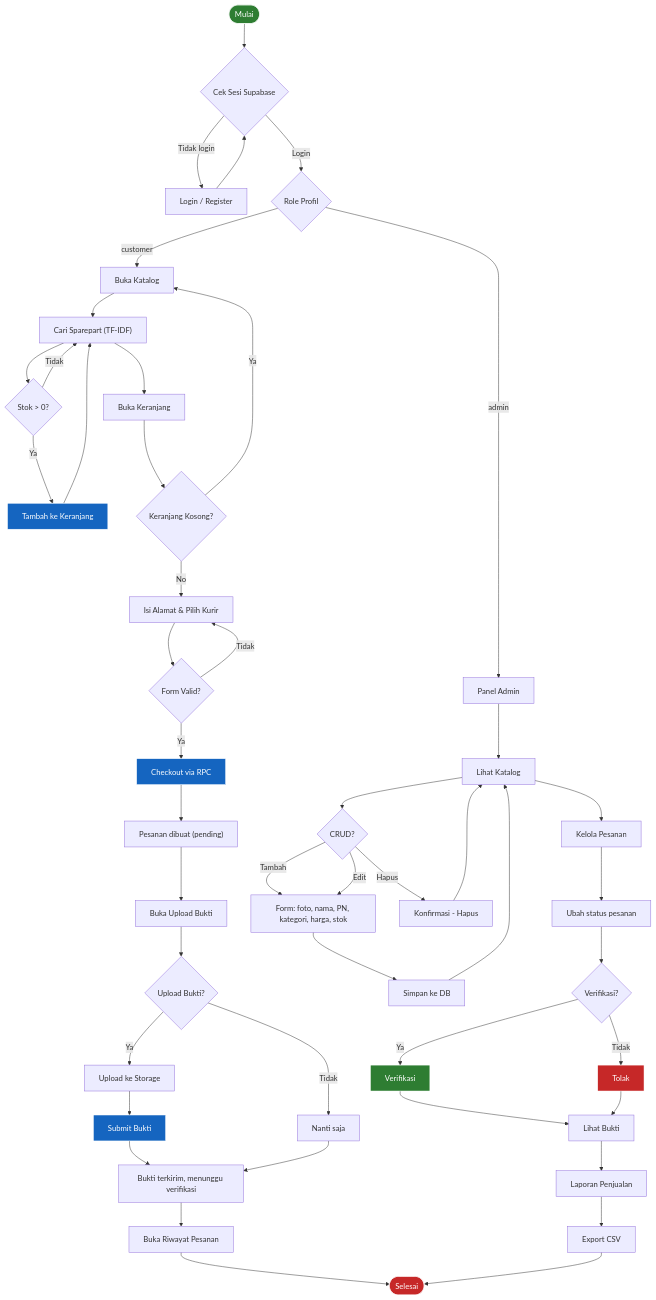
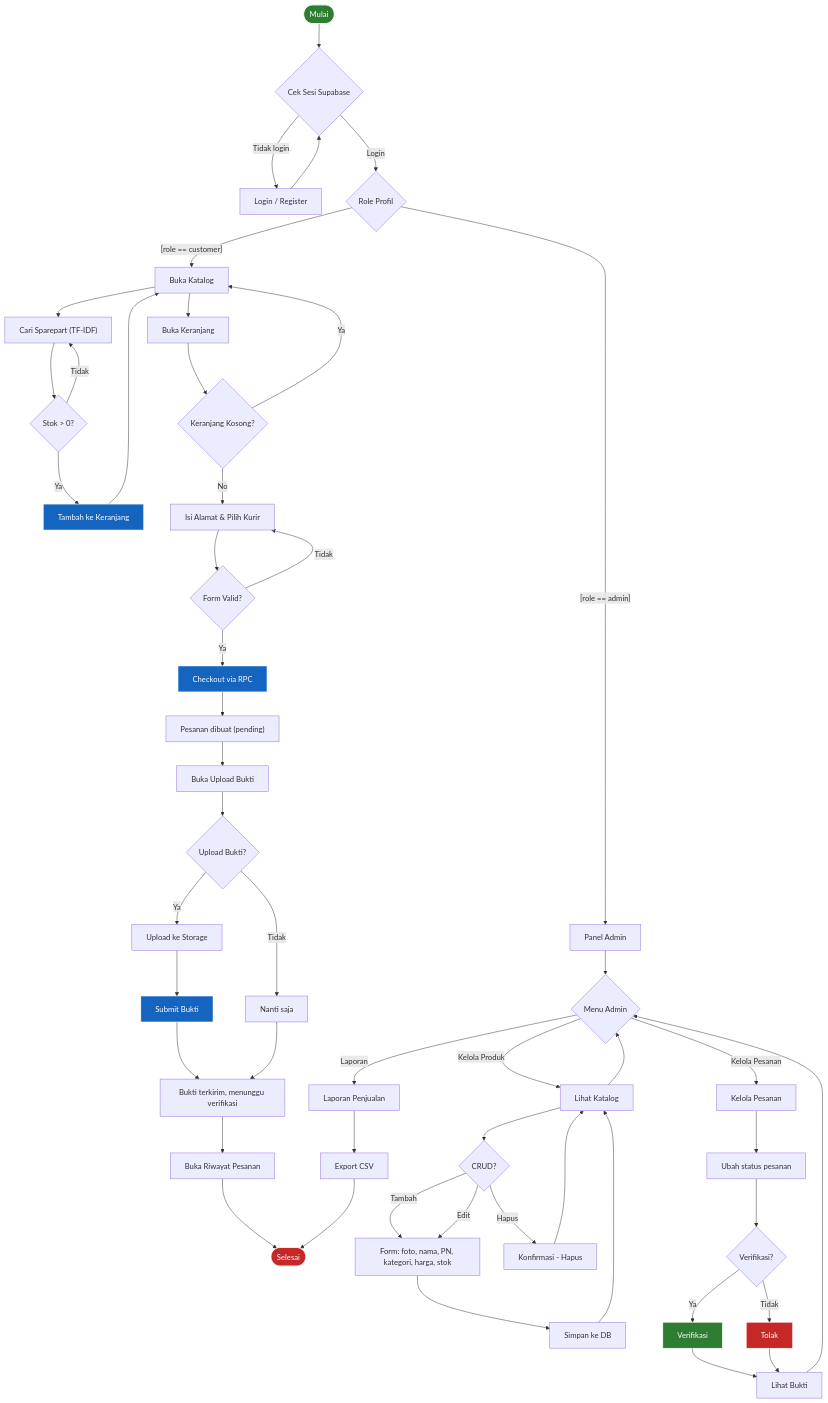
One commit to UNUGHA-Informatika-26/OnderdilMotorIndonesia changed the diagram in docs/diagram/activity-diagram.md. Above: the diagram before and after it, drawn with Mermaid. The commit also changed 7 other files, not shown here.

````diff
--- a/docs/diagram/activity-diagram.md
+++ b/docs/diagram/activity-diagram.md
@@ -5,64 +5,67 @@
 ```mermaid
 flowchart TD
     Start([Mulai]) --> A1{Cek Sesi Supabase}
 
     A1 -- Tidak login --> Login[Login / Register]
     Login --> A1
 
     A1 -- Login --> RoleCheck{Role Profil}
-    RoleCheck -- customer --> Catalog[ Buka Katalog ]
-    RoleCheck -- admin --> Admin[Panel Admin]
+    RoleCheck -- "[role == customer]" --> Catalog[ Buka Katalog ]
+    RoleCheck -- "[role == admin]" --> Admin[Panel Admin]
 
     %% Customer flow
     Catalog --> Search["Cari Sparepart (TF-IDF)"]
     Search --> Add{Stok > 0?}
     Add -- Ya --> AddCart[Tambah ke Keranjang]
     Add -- Tidak --> Search
-    AddCart --> Search
-    Search --> CartOpen[Buka Keranjang]
+    AddCart --> Catalog
+    Catalog --> CartOpen[Buka Keranjang]
 
     CartOpen --> CartEmpty{Keranjang Kosong?}
     CartEmpty -- Ya --> Catalog
     CartEmpty -- No --> FillForm[Isi Alamat & Pilih Kurir]
     FillForm --> Validate{Form Valid?}
     Validate -- Tidak --> FillForm
     Validate -- Ya --> Checkout[Checkout via RPC]
     Checkout --> OrderCreated["Pesanan dibuat (pending)"]
     OrderCreated --> PayScreen[ Buka Upload Bukti ]
     PayScreen --> PayChoice{Upload Bukti?}
     PayChoice -- Ya --> Upload[Upload ke Storage]
     Upload --> Submit[Submit Bukti]
     PayChoice -- Tidak --> Later[Nanti saja]
     Submit --> PayDone[Bukti terkirim, menunggu verifikasi]
     Later --> PayDone
     PayDone --> History[Buka Riwayat Pesanan]
     History --> End([Selesai])
 
     %% Admin flow
-    Admin --> AdminView[Lihat Katalog]
+    Admin --> AdminMenu{Menu Admin}
+    AdminMenu -- "Kelola Produk" --> AdminView[Lihat Katalog]
     AdminView --> AdminAdd{CRUD?}
     AdminAdd -- Tambah --> AdminForm["Form: foto, nama, PN, kategori, harga, stok"]
     AdminAdd -- Edit --> AdminForm
     AdminForm --> AdminSave[Simpan ke DB]
     AdminSave --> AdminView
     AdminAdd -- Hapus --> AdminDelete[Konfirmasi - Hapus]
     AdminDelete --> AdminView
-    AdminView --> AdminOrders[Kelola Pesanan]
+    AdminView --> AdminMenu
+    AdminMenu -- "Kelola Pesanan" --> AdminOrders[Kelola Pesanan]
     AdminOrders --> AdminStatus[Ubah status pesanan]
     AdminStatus --> AdminPay{Verifikasi?}
     AdminPay -- Ya --> AdminVerify[Verifikasi]
     AdminPay -- Tidak --> AdminReject[Tolak]
     AdminVerify --> AdminReport[Lihat Bukti]
     AdminReject --> AdminReport
-    AdminReport --> AdminLap[Laporan Penjualan]
+    AdminReport --> AdminMenu
+    AdminMenu -- "Laporan" --> AdminLap[Laporan Penjualan]
     AdminLap --> AdminCsv[Export CSV]
     AdminCsv --> End
 
     style Start fill:#2E7D32,stroke:#fff,color:#fff
     style End fill:#C62828,stroke:#fff,color:#fff
     style AddCart fill:#1565C0,stroke:#fff,color:#fff
     style Checkout fill:#1565C0,stroke:#fff,color:#fff
     style Submit fill:#1565C0,stroke:#fff,color:#fff
     style AdminVerify fill:#2E7D32,stroke:#fff,color:#fff
     style AdminReject fill:#C62828,stroke:#fff,color:#fff
 ```
````
